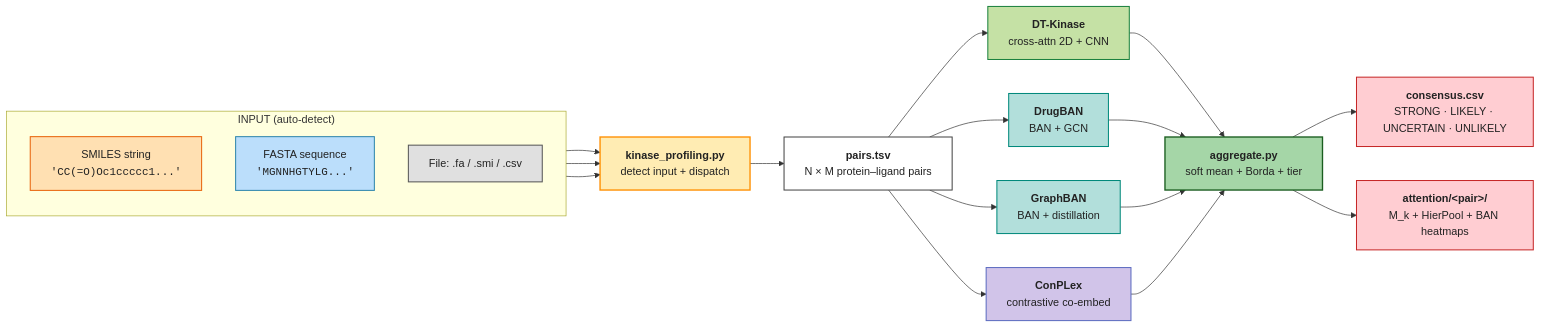
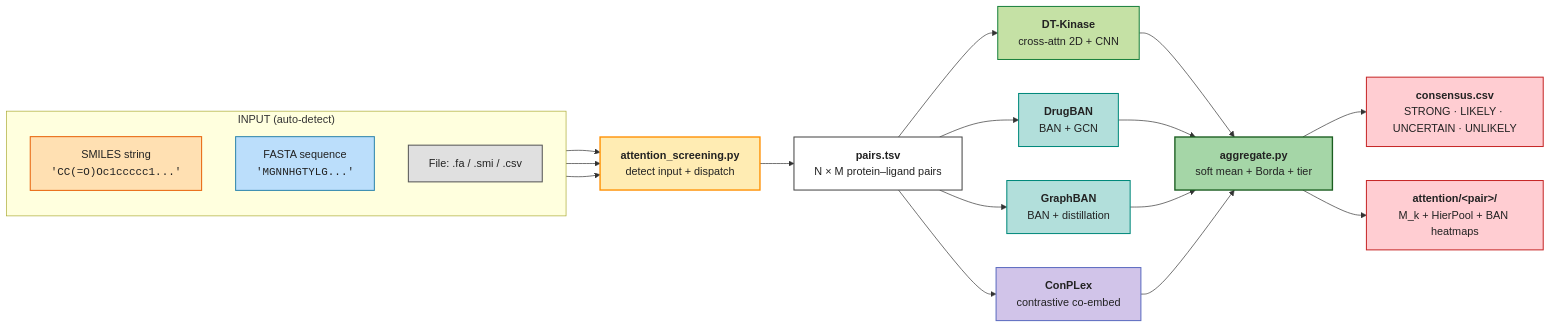
Before and after one commit to gmmsb-lncc/attention-screening: the diagram in README.md, drawn with Mermaid. The commit also changed other lines of this file and 64 other files, not shown here.

First line of the commit message:
rename framework: semantic-screening -> attention-screening

````diff
--- a/README.md
+++ b/README.md
@@ -25,40 +24,40 @@
 ```mermaid
 flowchart LR
     subgraph IN["INPUT (auto-detect)"]
         direction TB
         A1["SMILES string<br/><code>'CC(=O)Oc1ccccc1...'</code>"]:::lig
         A2["FASTA sequence<br/><code>'MGNNHGTYLG...'</code>"]:::prot
         A3["File: .fa / .smi / .csv"]:::file
     end
 
     A1 --> KP
     A2 --> KP
     A3 --> KP
-    KP["<b>kinase_profiling.py</b><br/>detect input + dispatch"]:::orch
+    KP["<b>attention_screening.py</b><br/>detect input + dispatch"]:::orch
     KP --> PAIRS["<b>pairs.tsv</b><br/>N × M protein–ligand pairs"]:::data
 
     PAIRS --> DTK["<b>DT-Kinase</b><br/>cross-attn 2D + CNN"]:::dtk
     PAIRS --> DBN["<b>DrugBAN</b><br/>BAN + GCN"]:::ban
     PAIRS --> GBN["<b>GraphBAN</b><br/>BAN + distillation"]:::ban
     PAIRS --> CPL["<b>ConPLex</b><br/>contrastive co-embed"]:::cpl
 
     DTK --> AGG
     DBN --> AGG
     GBN --> AGG
     CPL --> AGG
     AGG["<b>aggregate.py</b><br/>soft mean + Borda + tier"]:::agg
 
     AGG --> OUT1["<b>consensus.csv</b><br/>STRONG · LIKELY · UNCERTAIN · UNLIKELY"]:::out
     AGG --> OUT2["<b>attention/&lt;pair&gt;/</b><br/>M_k + HierPool + BAN heatmaps"]:::out
 
     classDef lig   fill:#FFE0B2,stroke:#E8630A,stroke-width:1.5px,color:#222
     classDef prot  fill:#BBDEFB,stroke:#2E86AB,stroke-width:1.5px,color:#222
     classDef file  fill:#E0E0E0,stroke:#555,stroke-width:1.5px,color:#222
     classDef orch  fill:#FFECB3,stroke:#FF8F00,stroke-width:2px,color:#222
     classDef data  fill:#FFFFFF,stroke:#444,stroke-width:1.5px,color:#222
     classDef dtk   fill:#C5E1A5,stroke:#1B813E,stroke-width:1.5px,color:#222
     classDef ban   fill:#B2DFDB,stroke:#00897B,stroke-width:1.5px,color:#222
     classDef cpl   fill:#D1C4E9,stroke:#5C6BC0,stroke-width:1.5px,color:#222
     classDef agg   fill:#A5D6A7,stroke:#1B5E20,stroke-width:2px,color:#222
     classDef out   fill:#FFCDD2,stroke:#C62828,stroke-width:1.5px,color:#222
 ```
````
